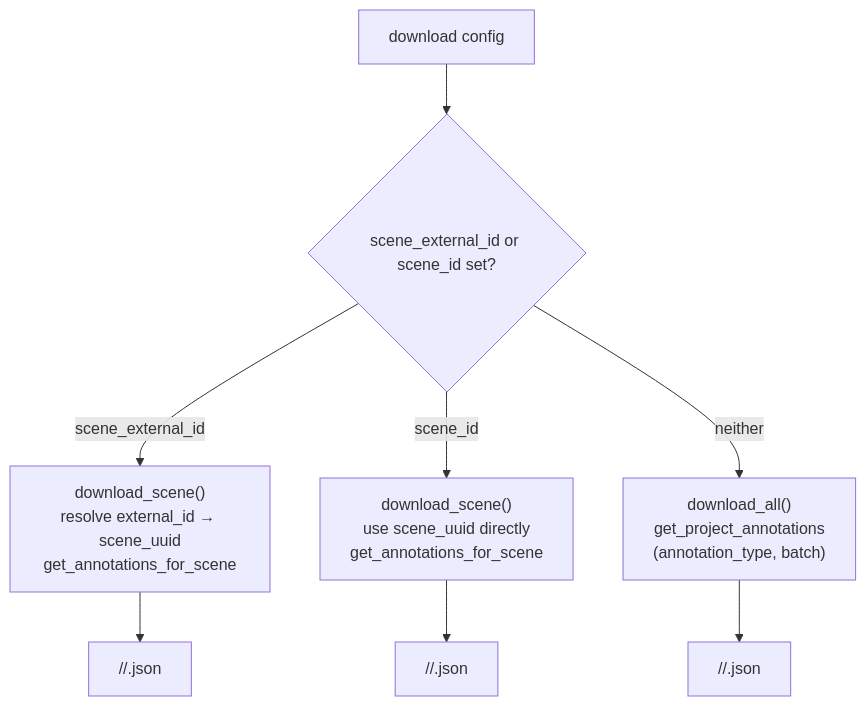
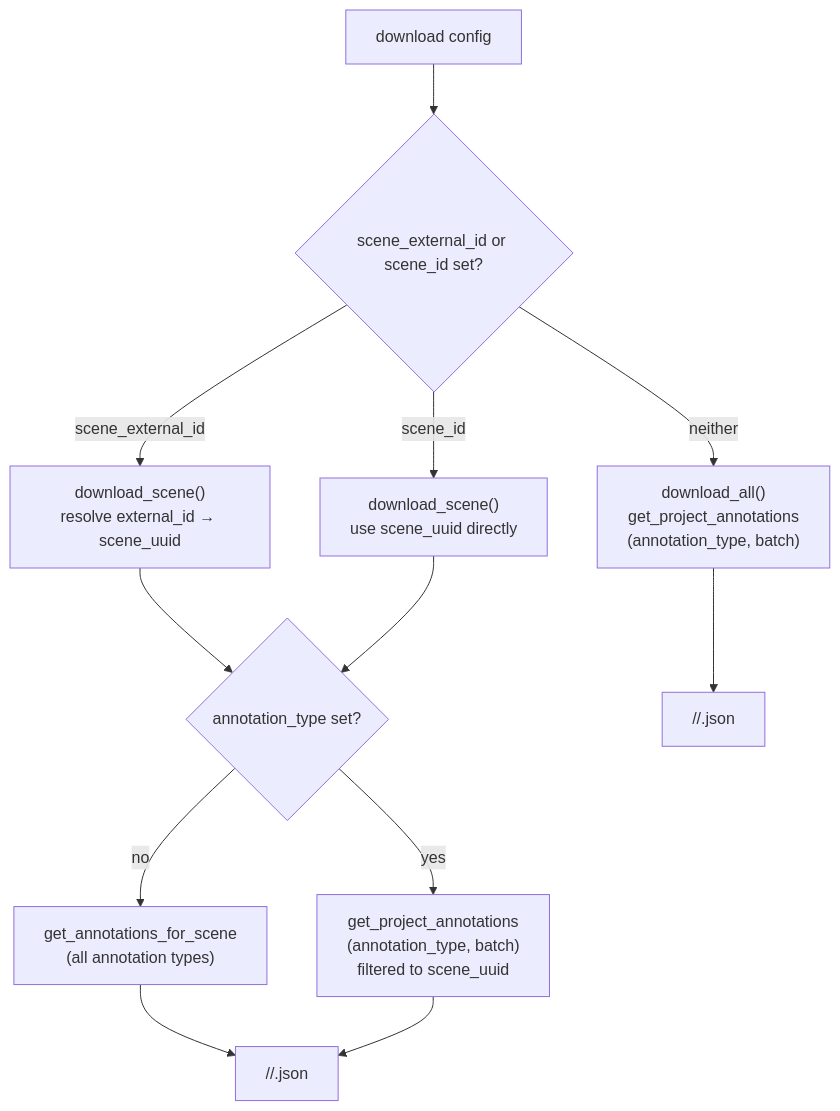
The eighth of 8 diagrams in docs/tier_iv_t4_extractor_to_kognic.md (tier4/tier4_perception_dataset), drawn with Mermaid before and after one commit. The commit also changed other lines of this file and 3 other files, not shown here.

Commit message:
feat: added option to download annotations based on annotation_type

````diff
--- a/docs/tier_iv_t4_extractor_to_kognic.md
+++ b/docs/tier_iv_t4_extractor_to_kognic.md
@@ -574,10 +574,14 @@
 ```mermaid
 flowchart TD
   Cfg["download config"] --> Q{"scene_external_id or scene_id set?"}
-  Q -- "scene_external_id" --> Scene["download_scene()<br/>resolve external_id → scene_uuid<br/>get_annotations_for_scene"]
-  Q -- "scene_id" --> SceneU["download_scene()<br/>use scene_uuid directly<br/>get_annotations_for_scene"]
+  Q -- "scene_external_id" --> Scene["download_scene()<br/>resolve external_id → scene_uuid"]
+  Q -- "scene_id" --> SceneU["download_scene()<br/>use scene_uuid directly"]
   Q -- "neither" --> All["download_all()<br/>get_project_annotations<br/>(annotation_type, batch)"]
-  Scene --> Out["<output_base>/<project_external_id>/<scene_external_id>.json"]
-  SceneU --> OutU["<output_base>/<project_external_id>/<scene_id>.json"]
+  Scene --> T{"annotation_type set?"}
+  SceneU --> T
+  T -- "no" --> AllTypes["get_annotations_for_scene<br/>(all annotation types)"]
+  T -- "yes" --> OneType["get_project_annotations<br/>(annotation_type, batch)<br/>filtered to scene_uuid"]
+  AllTypes --> Out["<output_base>/<project_external_id>/<scene_external_id | scene_id>.json"]
+  OneType --> Out
   All --> Out2["<output_base>/<project_external_id>/<scene_uuid>.json"]
 ```
````
